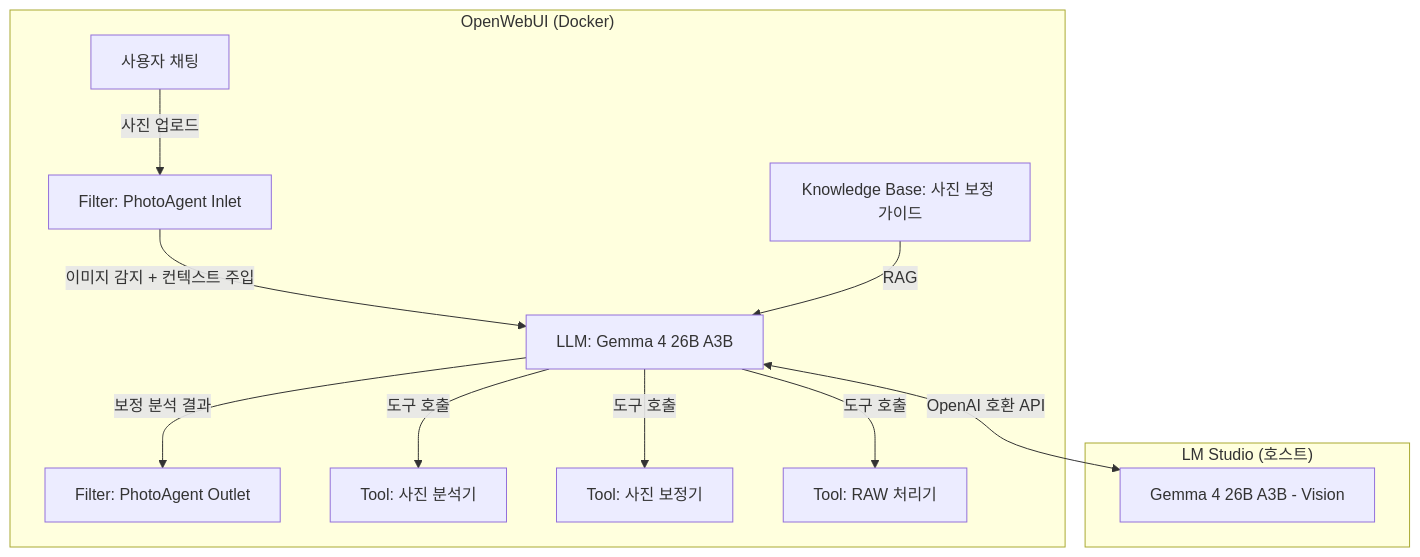
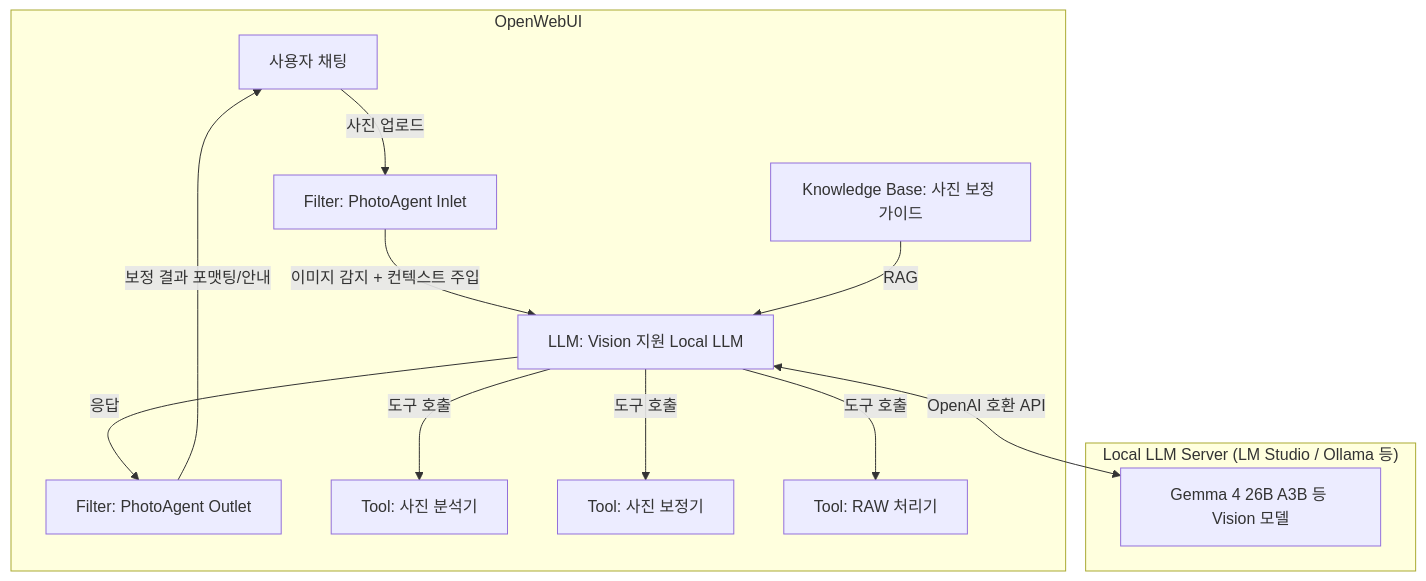
The first of 2 diagrams in architecture.md (woodencatty/OpenwebUI_PhotoAgent), drawn with Mermaid before and after one commit. The commit also changed other lines of this file and 6 other files, not shown here.

````diff
--- a/architecture.md
+++ b/architecture.md
@@ -9,20 +9,21 @@
 ```mermaid
 graph TB
-    subgraph "OpenWebUI (Docker)"
+    subgraph "OpenWebUI"
         A[사용자 채팅] -->|사진 업로드| B[Filter: PhotoAgent Inlet]
-        B -->|이미지 감지 + 컨텍스트 주입| C[LLM: Gemma 4 26B A3B]
-        C -->|보정 분석 결과| D[Filter: PhotoAgent Outlet]
+        B -->|이미지 감지 + 컨텍스트 주입| C[LLM: Vision 지원 Local LLM]
+        D[Filter: PhotoAgent Outlet] -->|보정 결과 포맷팅/안내| A
+        C -->|응답| D
         
         C -->|도구 호출| E[Tool: 사진 분석기]
         C -->|도구 호출| F[Tool: 사진 보정기]
         C -->|도구 호출| G[Tool: RAW 처리기]
         
         H[Knowledge Base: 사진 보정 가이드] -->|RAG| C
     end
     
-    subgraph "LM Studio (호스트)"
-        I[Gemma 4 26B A3B - Vision]
+    subgraph "Local LLM Server (LM Studio / Ollama 등)"
+        I[Gemma 4 26B A3B 등 Vision 모델]
     end
     
     C <-->|OpenAI 호환 API| I
 ```
````
